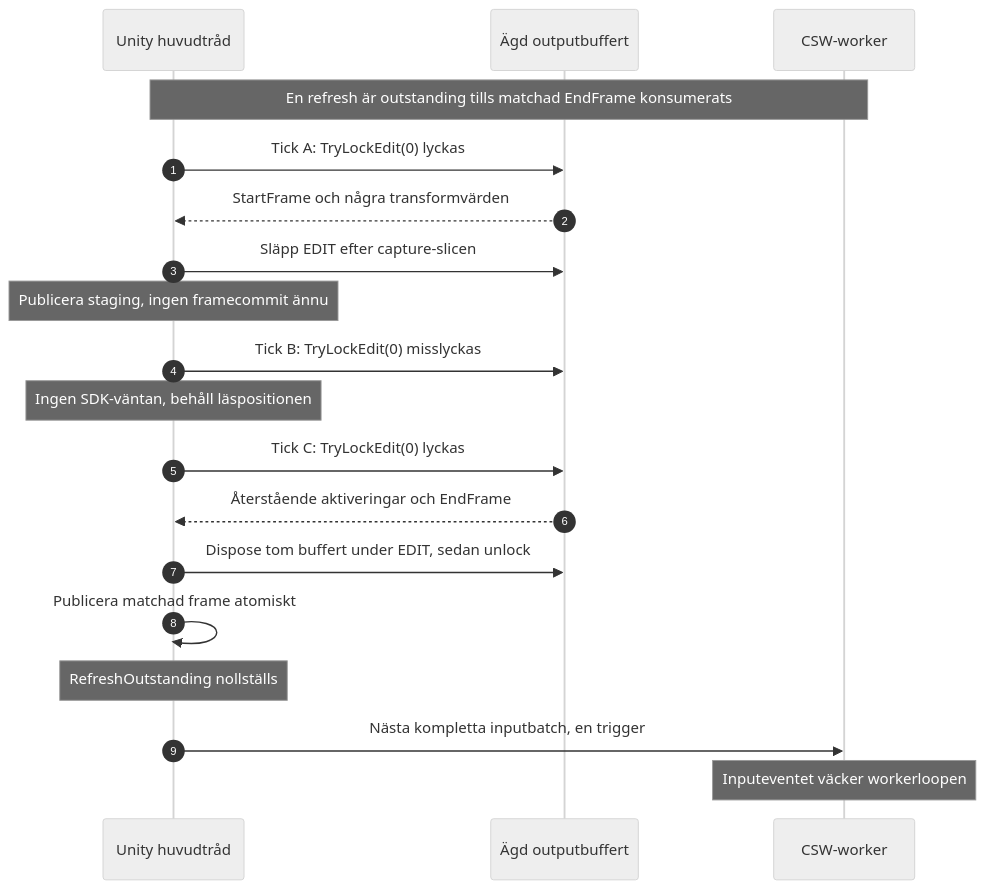
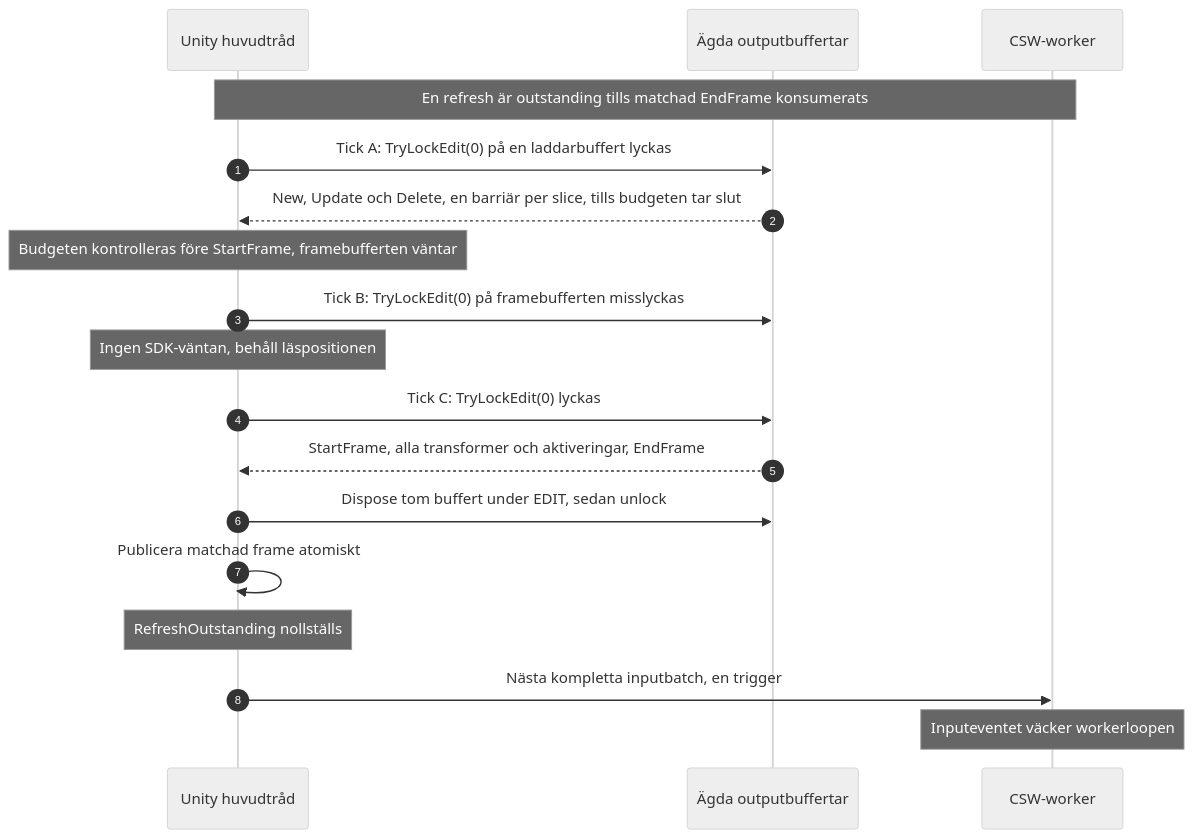
Before and after one commit to ToolTech/CSWUnity: the third of 12 diagrams in docs/design/command-loop-and-locks.md, drawn with Mermaid (neutral theme). The commit also changed other lines of this file and 107 other files, not shown here.

````diff
--- a/docs/design/command-loop-and-locks.md
+++ b/docs/design/command-loop-and-locks.md
@@ -160,21 +179,20 @@
 ```mermaid
 sequenceDiagram
     autonumber
     participant U as Unity huvudtråd
-    participant B as Ägd outputbuffert
+    participant B as Ägda outputbuffertar
     participant N as CSW-worker
     Note over U,N: En refresh är outstanding tills matchad EndFrame konsumerats
-    U->>B: Tick A: TryLockEdit(0) lyckas
-    B-->>U: StartFrame och några transformvärden
-    U->>B: Släpp EDIT efter capture-slicen
-    Note over U: Publicera staging, ingen framecommit ännu
-    U->>B: Tick B: TryLockEdit(0) misslyckas
+    U->>B: Tick A: TryLockEdit(0) på en laddarbuffert lyckas
+    B-->>U: New, Update och Delete, en barriär per slice, tills budgeten tar slut
+    Note over U: Budgeten kontrolleras före StartFrame, framebufferten väntar
+    U->>B: Tick B: TryLockEdit(0) på framebufferten misslyckas
     Note over U: Ingen SDK-väntan, behåll läspositionen
     U->>B: Tick C: TryLockEdit(0) lyckas
-    B-->>U: Återstående aktiveringar och EndFrame
+    B-->>U: StartFrame, alla transformer och aktiveringar, EndFrame
     U->>B: Dispose tom buffert under EDIT, sedan unlock
     U->>U: Publicera matchad frame atomiskt
     Note over U: RefreshOutstanding nollställs
     U->>N: Nästa kompletta inputbatch, en trigger
     Note over N: Inputeventet väcker workerloopen
 ```
````
